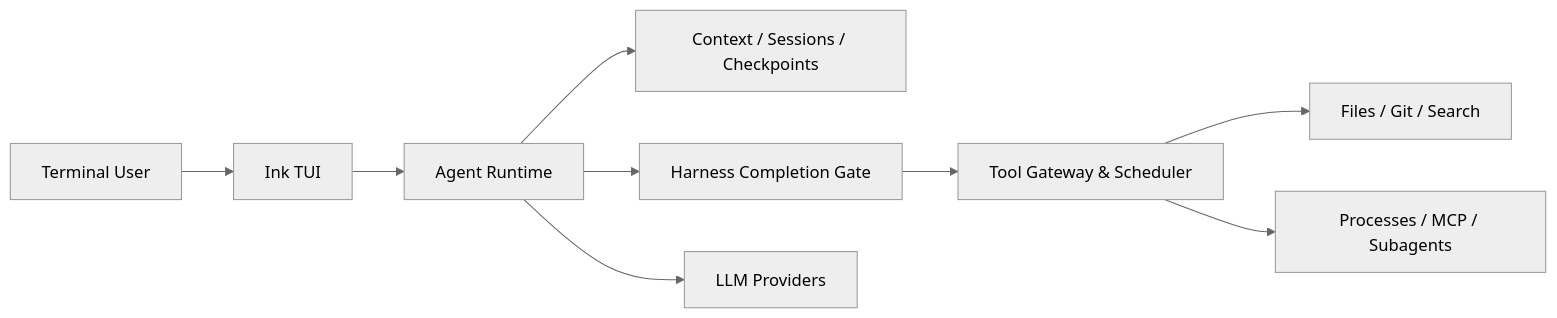
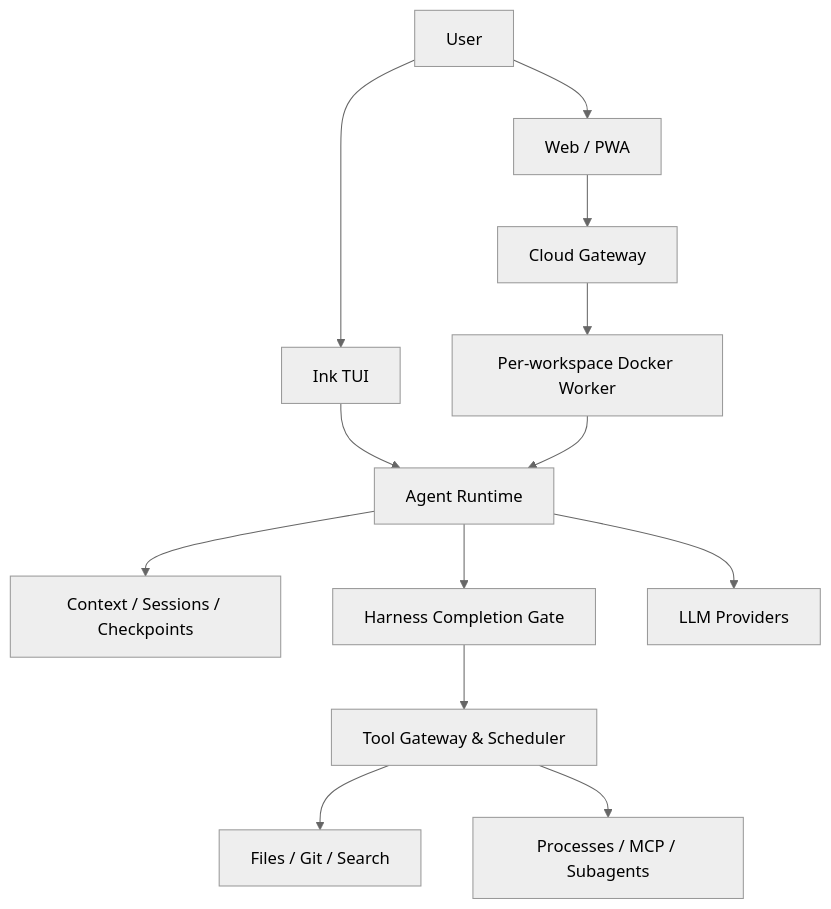
One commit to zzc-101/Kross changed the diagram in README.md. Above: the diagram before and after it, drawn with Mermaid (neutral theme). The commit also changed other lines of this file and 1 other file, not shown here.

Commit message:
docs: document cloud agent workflows

````diff
--- a/README.md
+++ b/README.md
@@ -135,11 +160,15 @@
 ```mermaid
-flowchart LR
-    U["Terminal User"] --> T["Ink TUI"]
+flowchart TB
+    U["User"] --> T["Ink TUI"]
+    U --> W["Web / PWA"]
     T --> R["Agent Runtime"]
+    W --> S["Cloud Gateway"]
+    S --> D["Per-workspace Docker Worker"]
+    D --> R
     R --> C["Context / Sessions / Checkpoints"]
     R --> H["Harness Completion Gate"]
     H --> G["Tool Gateway & Scheduler"]
     R --> M["LLM Providers"]
     G --> F["Files / Git / Search"]
     G --> P["Processes / MCP / Subagents"]
 ```
````
